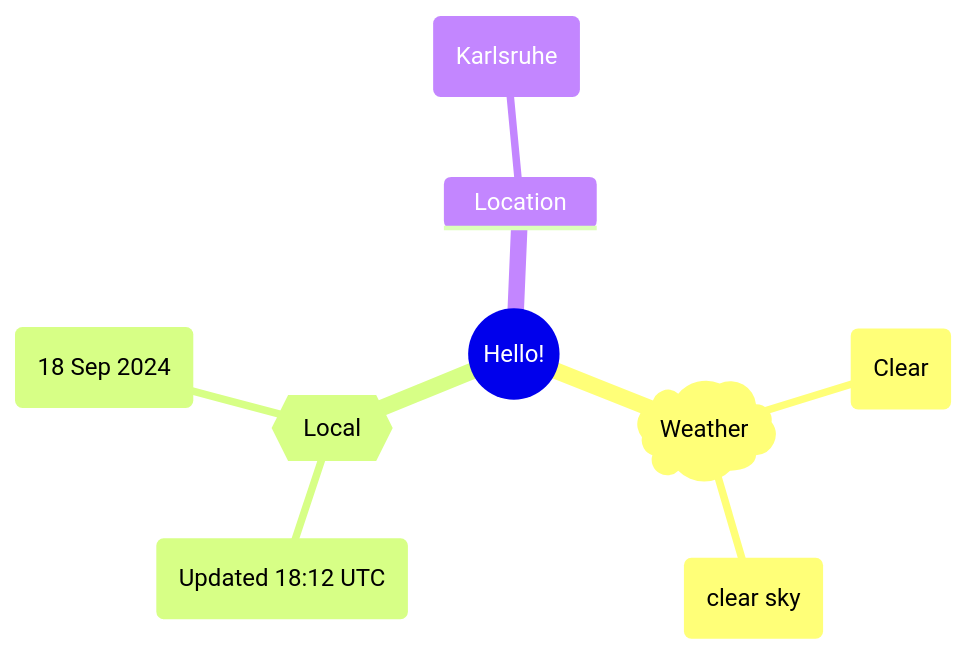
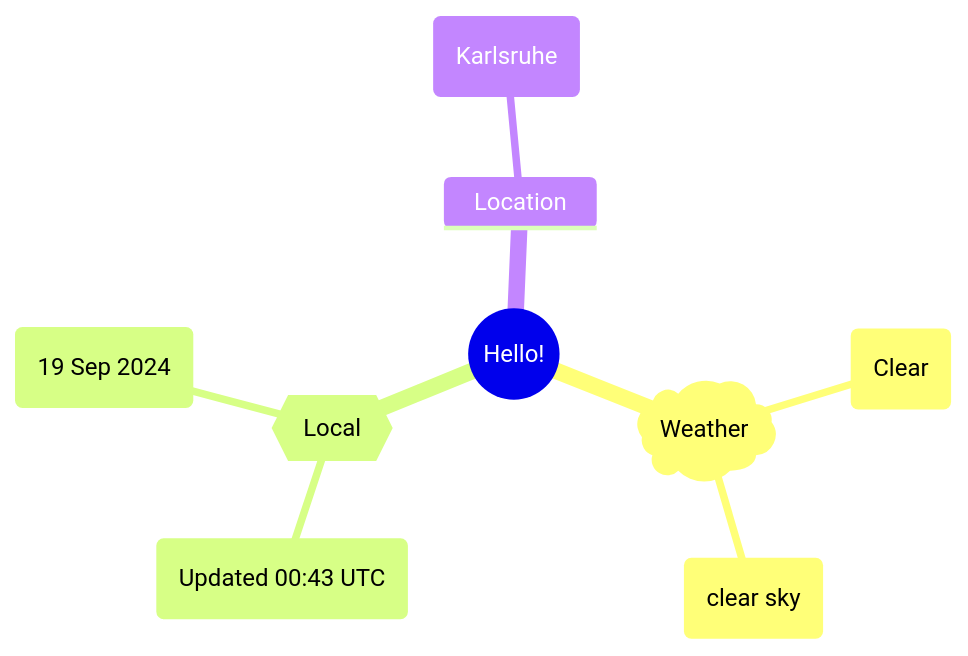
The first of 2 diagrams in README.md (Xosrov/Xosrov), drawn with Mermaid before and after one commit.

Commit message:
[bot] updated images

````diff
--- a/README.md
+++ b/README.md
@@ -3,12 +3,12 @@
 ```mermaid
 mindmap
   root((Hello!))
     )Weather(
         (Clear)
         (clear sky)
     {{Local}}
-        (Updated 18:12 UTC)
-        (18 Sep 2024)
+        (Updated 00:43 UTC)
+        (19 Sep 2024)
     Location
         (Karlsruhe)
 ```
````
